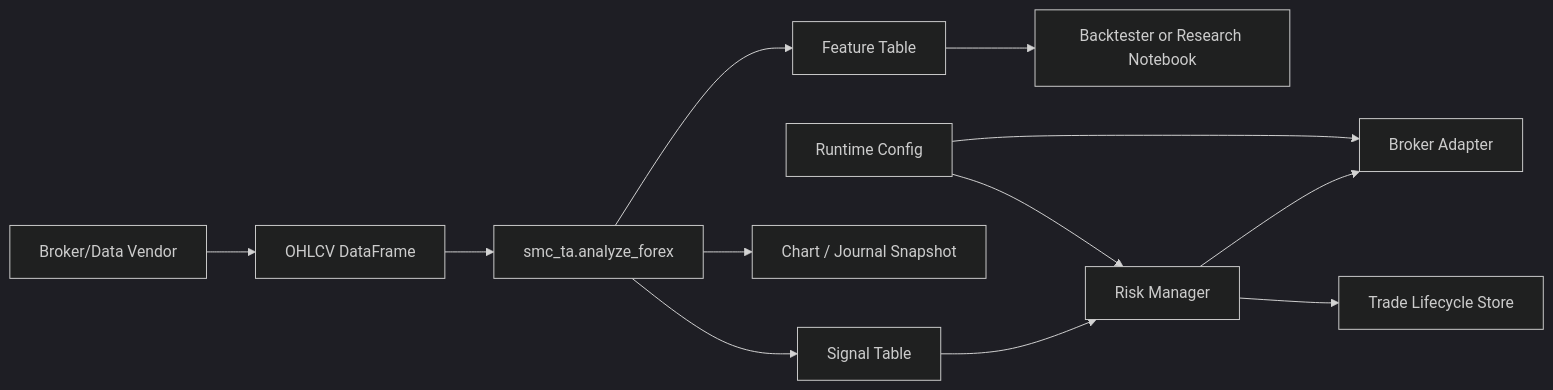
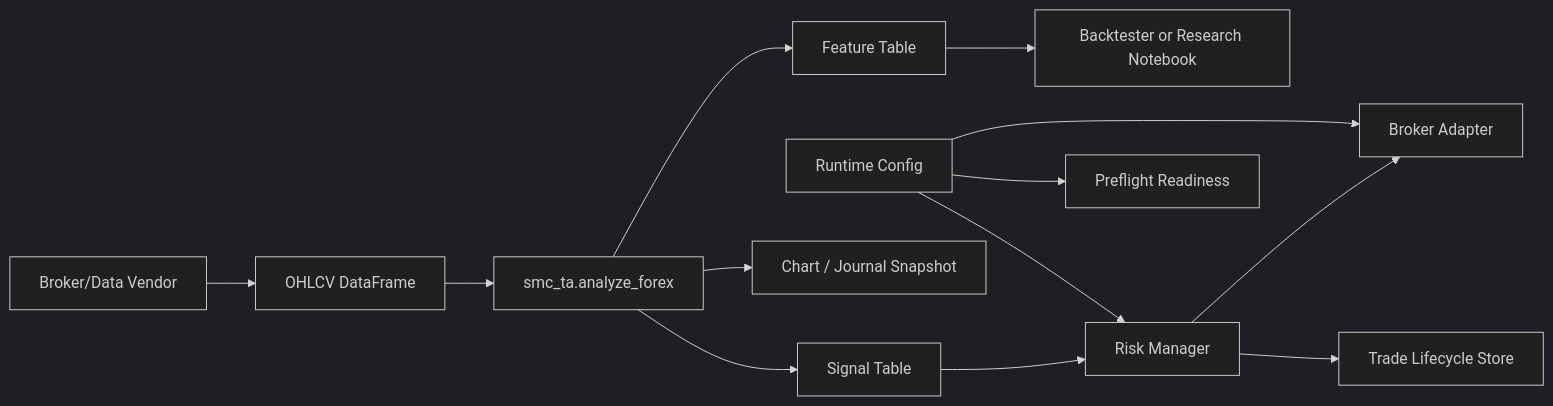
The diagram in docs/BOT_INTEGRATION.md (primebdsm/smcandta), drawn with Mermaid (dark theme) before and after one commit. The commit also changed other lines of this file and 10 other files, not shown here.

Commit message:
Add preflight readiness checks

````diff
--- a/docs/BOT_INTEGRATION.md
+++ b/docs/BOT_INTEGRATION.md
@@ -5,14 +5,15 @@
 ```mermaid
 flowchart LR
   A["Broker/Data Vendor"] --> B["OHLCV DataFrame"]
   B --> C["smc_ta.analyze_forex"]
   C --> D["Feature Table"]
   C --> E["Signal Table"]
   D --> F["Backtester or Research Notebook"]
   E --> G["Risk Manager"]
   G --> H["Broker Adapter"]
   G --> J["Trade Lifecycle Store"]
   C --> I["Chart / Journal Snapshot"]
   K["Runtime Config"] --> G
   K --> H
+  K --> L["Preflight Readiness"]
 ```
````
